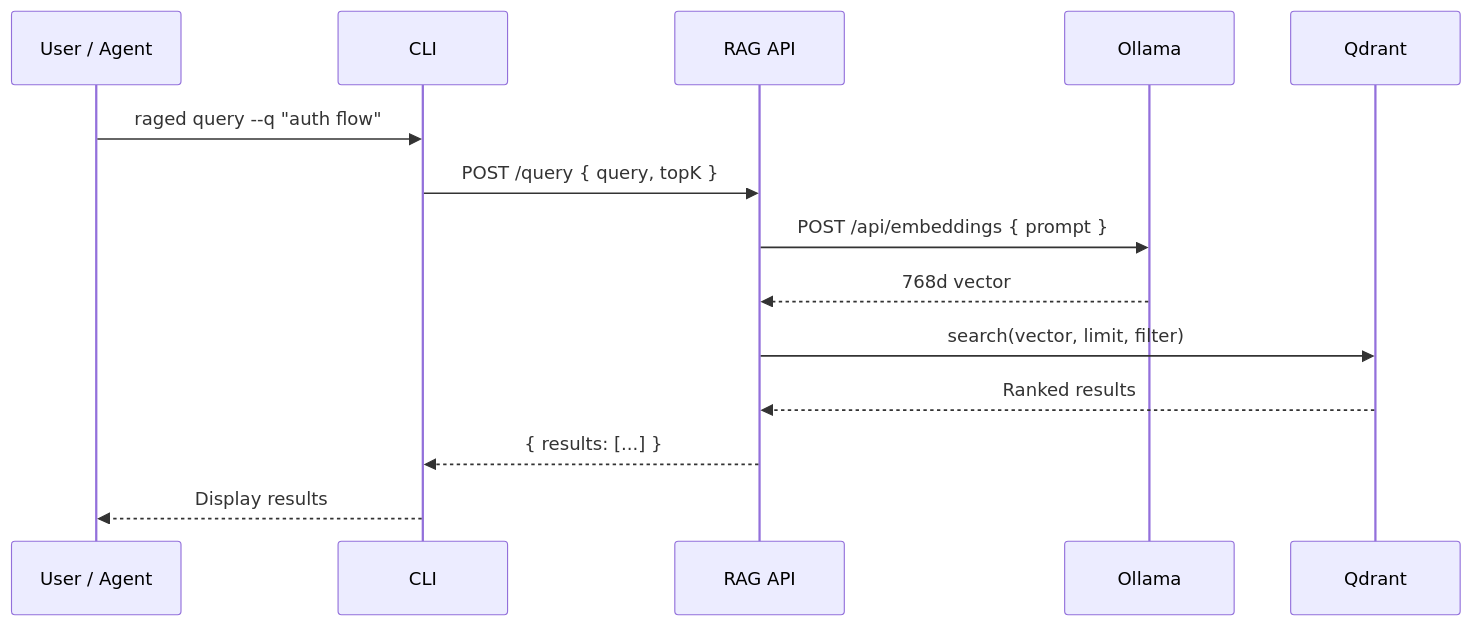
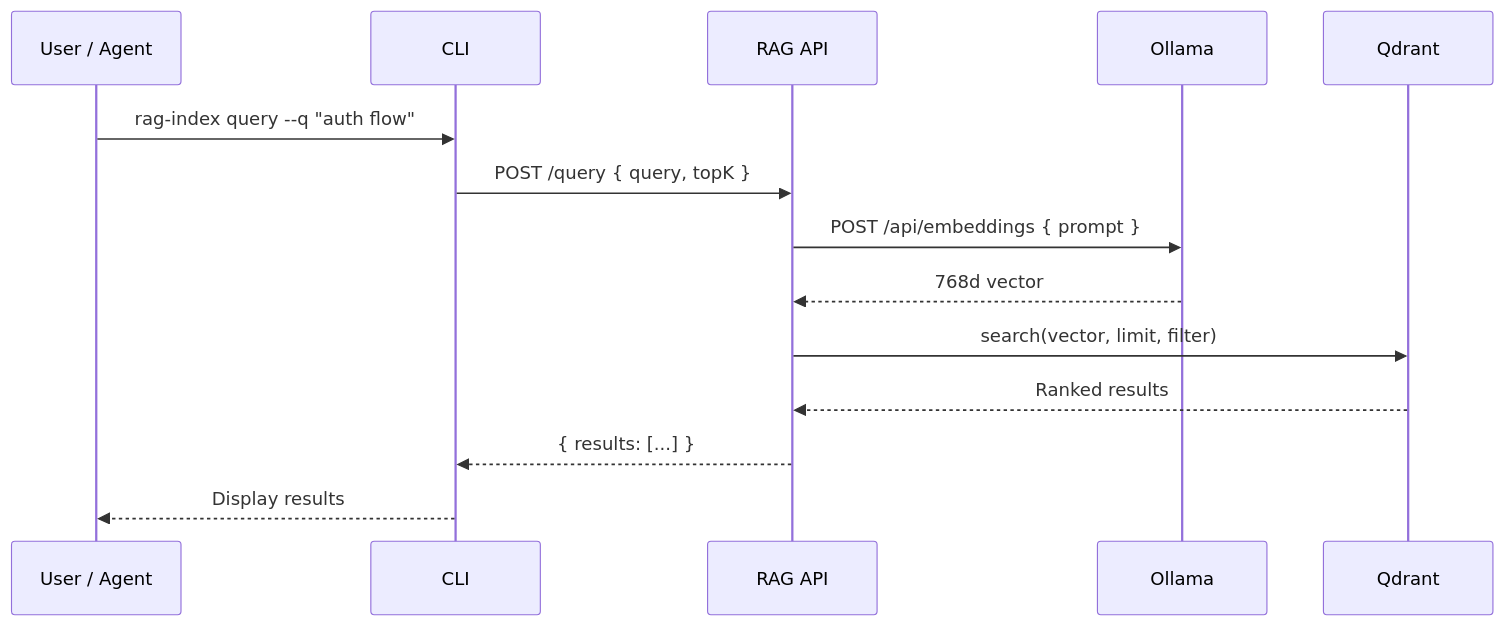
The fifth of 7 diagrams in docs/01-architecture.md (mfittko/RAGed), drawn with Mermaid before and after one commit. The commit also changed other lines of this file and 3 other files, not shown here.

````diff
--- a/docs/01-architecture.md
+++ b/docs/01-architecture.md
@@ -226,17 +226,17 @@
 ```mermaid
 sequenceDiagram
     participant U as User / Agent
     participant C as CLI
     participant A as RAG API
     participant O as Ollama
     participant Q as Qdrant
 
-    U->>C: raged query --q "auth flow"
+    U->>C: rag-index query --q "auth flow"
     C->>A: POST /query { query, topK }
     A->>O: POST /api/embeddings { prompt }
     O-->>A: 768d vector
     A->>Q: search(vector, limit, filter)
     Q-->>A: Ranked results
     A-->>C: { results: [...] }
     C-->>U: Display results
 ```
````
